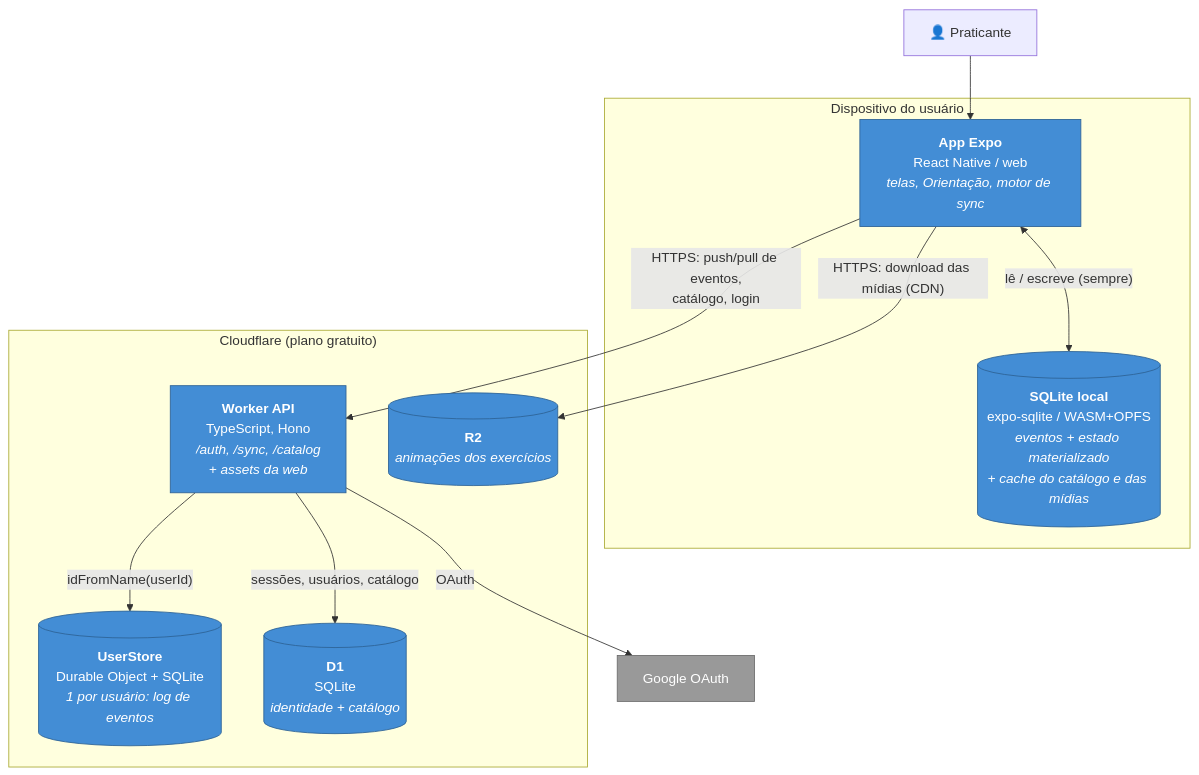
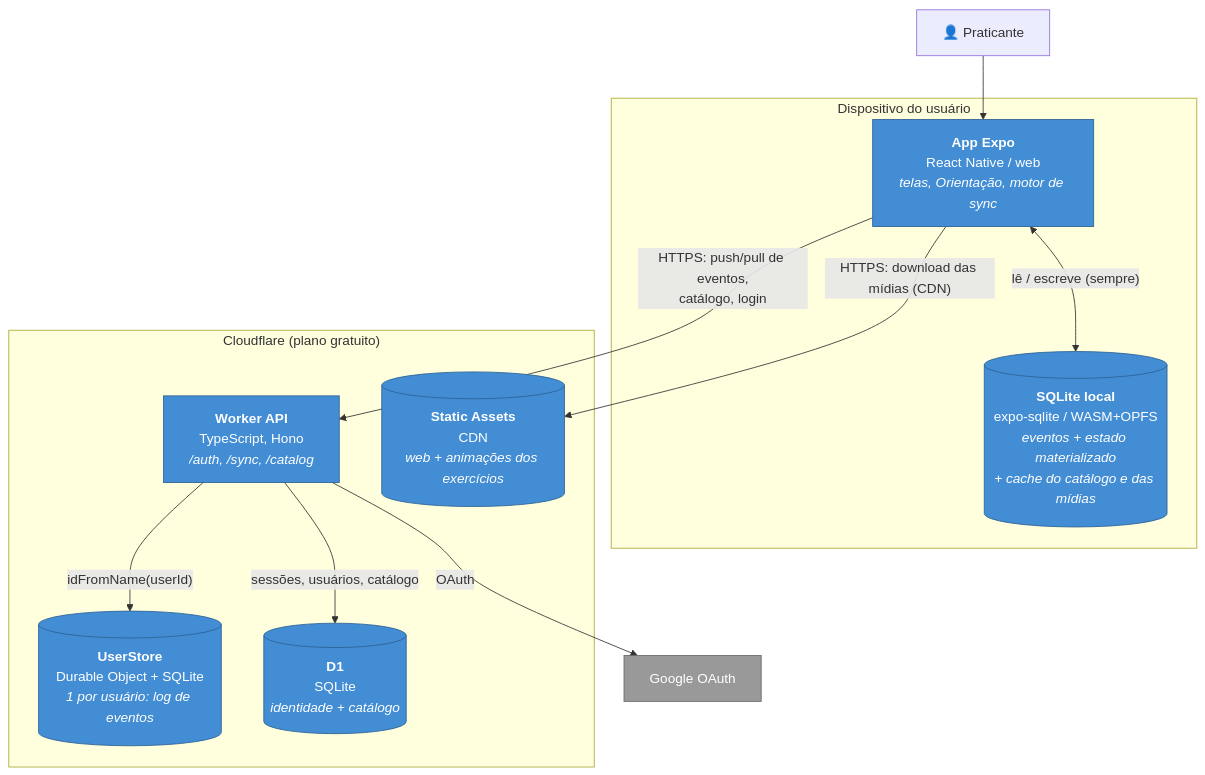
Before and after one commit to williambentodev-hash/gym-app: the second of 2 diagrams in docs/architecture/02-visao-arquitetural.md, drawn with Mermaid. The commit also changed other lines of this file and 11 other files, not shown here.

First line of the commit message:
spike(S6): animação do exercício como Static Asset e download explícito para offline

````diff
--- a/docs/architecture/02-visao-arquitetural.md
+++ b/docs/architecture/02-visao-arquitetural.md
@@ -41,33 +41,33 @@
 ```mermaid
 flowchart TB
     U["👤 Praticante"]
 
     subgraph DEV["Dispositivo do usuário"]
         APP["<b>App Expo</b><br/>React Native / web<br/><i>telas, Orientação, motor de sync</i>"]
         LDB[("<b>SQLite local</b><br/>expo-sqlite / WASM+OPFS<br/><i>eventos + estado materializado<br/>+ cache do catálogo e das mídias</i>")]
     end
 
     subgraph CF["Cloudflare (plano gratuito)"]
-        W["<b>Worker API</b><br/>TypeScript, Hono<br/><i>/auth, /sync, /catalog<br/>+ assets da web</i>"]
+        W["<b>Worker API</b><br/>TypeScript, Hono<br/><i>/auth, /sync, /catalog</i>"]
+        AS[("<b>Static Assets</b><br/>CDN<br/><i>web + animações dos exercícios</i>")]
         DO[("<b>UserStore</b><br/>Durable Object + SQLite<br/><i>1 por usuário: log de eventos</i>")]
         D1[("<b>D1</b><br/>SQLite<br/><i>identidade + catálogo</i>")]
-        R2[("<b>R2</b><br/><i>animações dos exercícios</i>")]
     end
 
     G["Google OAuth"]
 
     U --> APP
     APP <-- "lê / escreve (sempre)" --> LDB
     APP -- "HTTPS: push/pull de eventos,<br/>catálogo, login" --> W
-    APP -- "HTTPS: download das mídias (CDN)" --> R2
+    APP -- "HTTPS: download das mídias (CDN)" --> AS
     W -- "idFromName(userId)" --> DO
     W -- "sessões, usuários, catálogo" --> D1
     W -- "OAuth" --> G
 
     classDef container fill:#438dd5,color:#fff,stroke:#2e6295
     classDef db fill:#438dd5,color:#fff,stroke:#2e6295
     classDef external fill:#999,color:#fff,stroke:#6b6b6b
     class APP,W container
-    class LDB,DO,D1,R2 db
+    class LDB,DO,D1,AS db
     class G external
 ```
````
